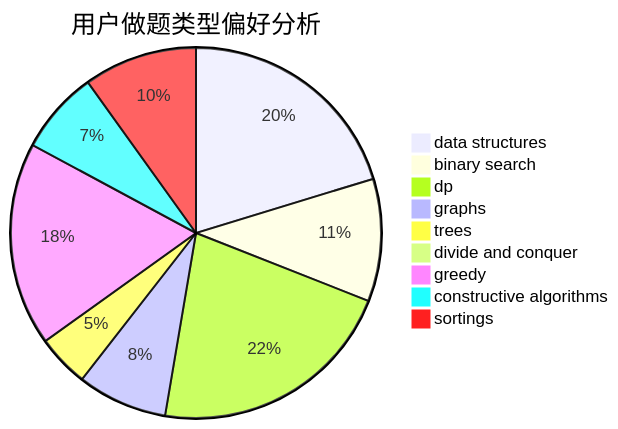
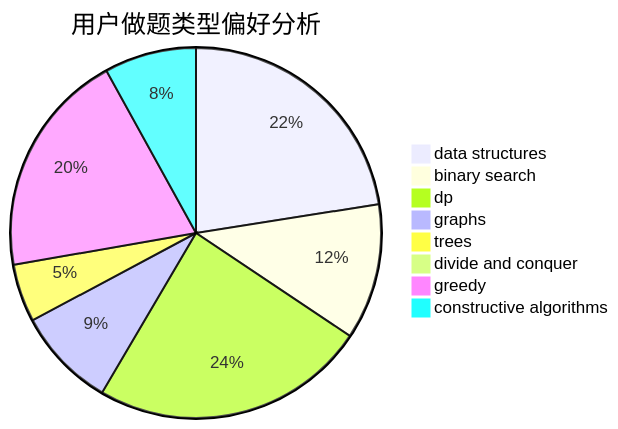
One commit to sherpahu/cfrs.github.io changed the second of 3 diagrams in docs/user/u902.md. Above: the diagram before and after it, drawn with Mermaid. The commit also changed other lines of this file and 2769 other files, not shown here.

````diff
--- a/docs/user/u902.md
+++ b/docs/user/u902.md
@@ -18,12 +18,11 @@
 ```mermaid
 pie title 用户做题类型偏好分析
     "data structures" :  129
     "binary search" :  68
     "dp" :  138
     "graphs" :  50
     "trees" :  29
     "divide and conquer" :  4
     "greedy" :  113
     "constructive algorithms" :  46
-    "sortings" :  63
 ```
````
